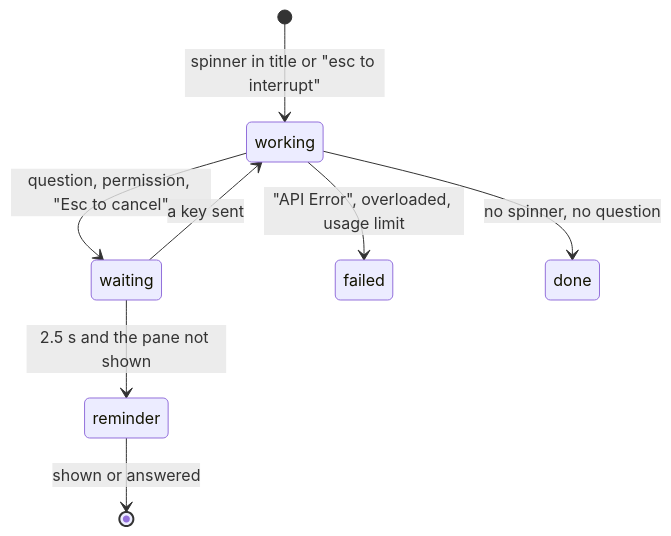
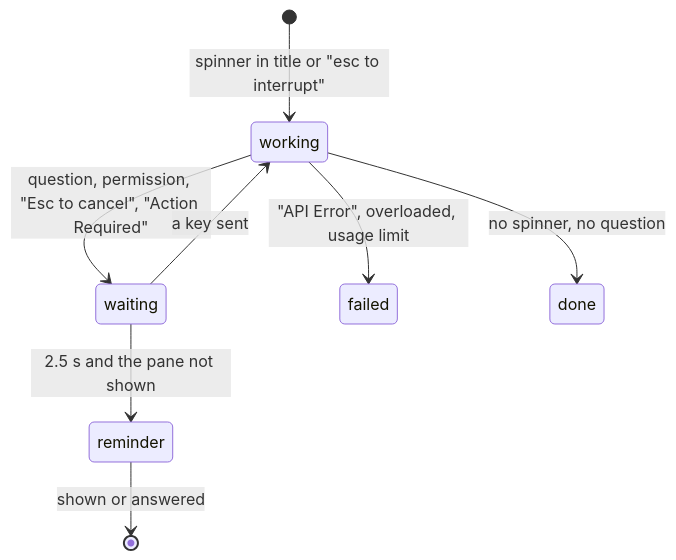
One commit to extractumio/terminum changed the third of 3 diagrams in docs/specs/terminum-terminal.md. Above: the diagram before and after it, drawn with Mermaid. The commit also changed other lines of this file and 5 other files, not shown here.

````diff
--- a/docs/specs/terminum-terminal.md
+++ b/docs/specs/terminum-terminal.md
@@ -388,10 +394,10 @@
 ```mermaid
 stateDiagram-v2
   [*] --> working: spinner in title or "esc to interrupt"
-  working --> waiting: question, permission, "Esc to cancel"
+  working --> waiting: question, permission, "Esc to cancel", "Action Required"
   working --> failed: "API Error", overloaded, usage limit
   working --> done: no spinner, no question
   waiting --> working: a key sent
   waiting --> reminder: 2.5 s and the pane not shown
   reminder --> [*]: shown or answered
 ```
````
